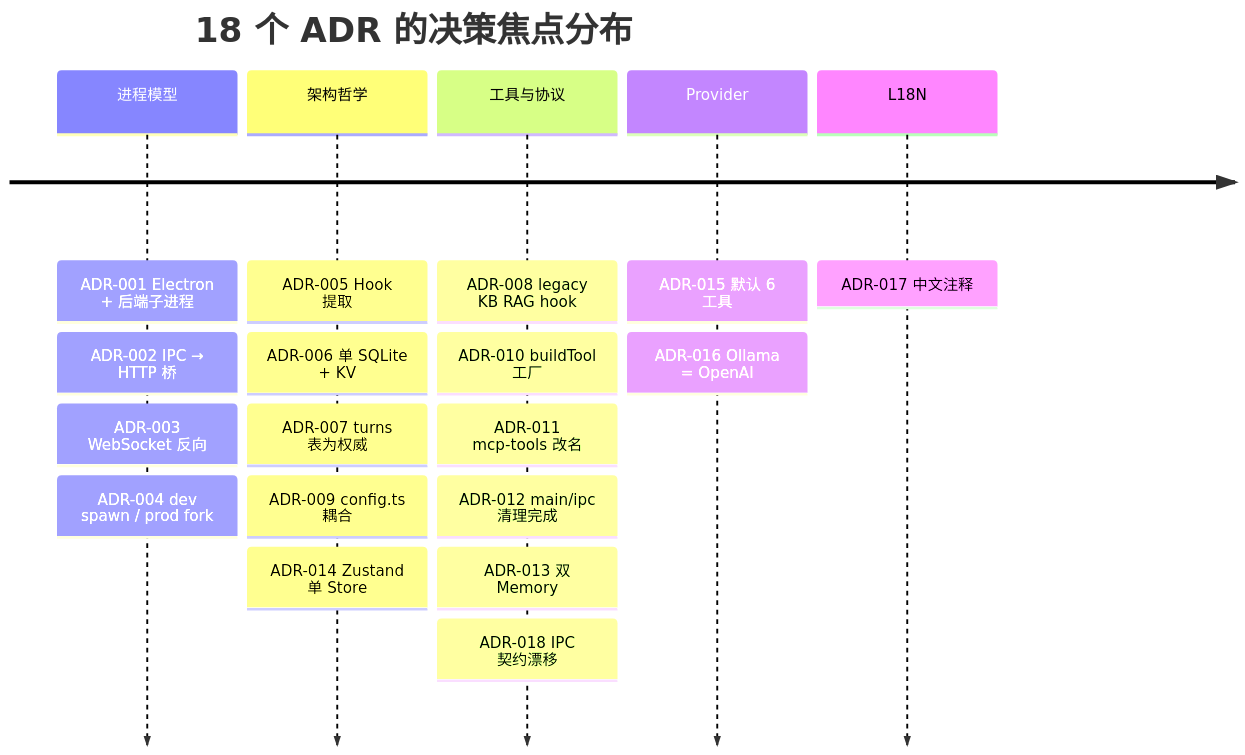
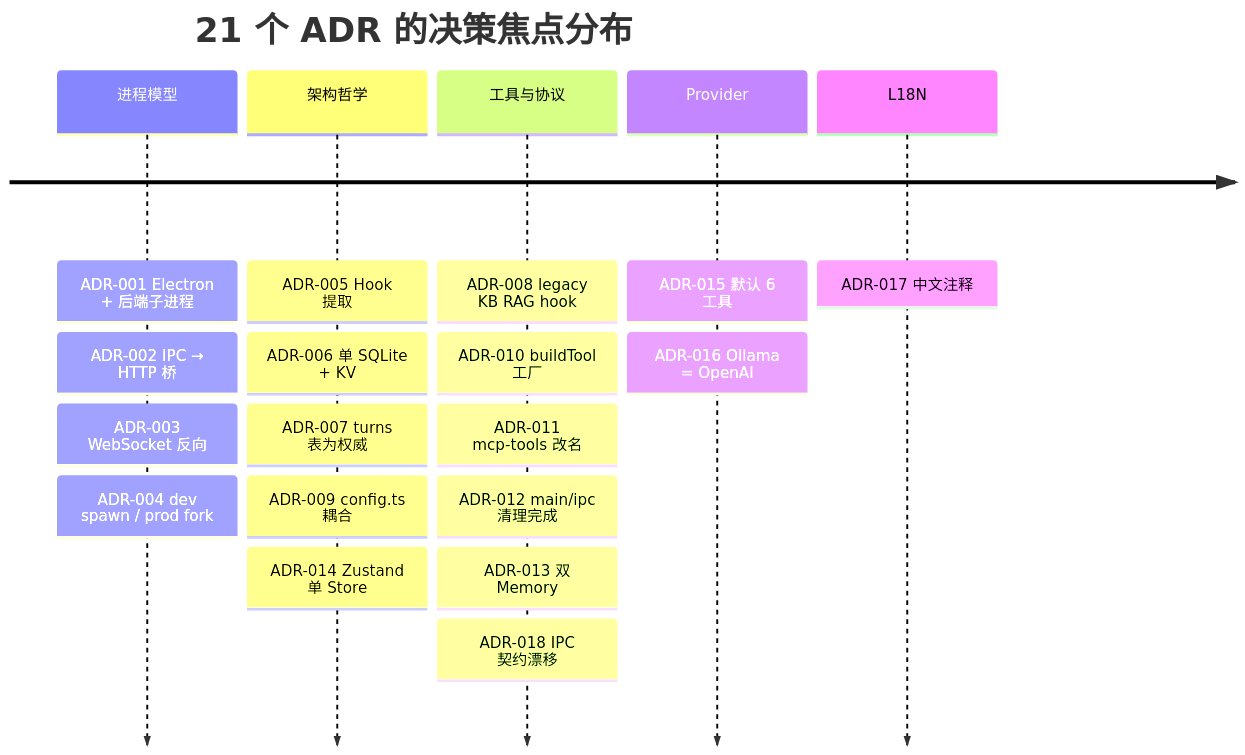
The first of 2 diagrams in docs/arch/09-extension-points-and-adrs.md (LanicBlue/zero-core), drawn with Mermaid before and after one commit. The commit also changed other lines of this file, not shown here.

````diff
--- a/docs/arch/09-extension-points-and-adrs.md
+++ b/docs/arch/09-extension-points-and-adrs.md
@@ -106,22 +113,22 @@
 ```mermaid
 timeline
-    title 18 个 ADR 的决策焦点分布
+    title 21 个 ADR 的决策焦点分布
     进程模型 : ADR-001 Electron + 后端子进程
              : ADR-002 IPC → HTTP 桥
              : ADR-003 WebSocket 反向
              : ADR-004 dev spawn / prod fork
     架构哲学 : ADR-005 Hook 提取
              : ADR-006 单 SQLite + KV
              : ADR-007 turns 表为权威
              : ADR-009 config.ts 耦合
              : ADR-014 Zustand 单 Store
     工具与协议 : ADR-008 legacy KB RAG hook
                 : ADR-010 buildTool 工厂
                 : ADR-011 mcp-tools 改名
                 : ADR-012 main/ipc 清理完成
                 : ADR-013 双 Memory
                 : ADR-018 IPC 契约漂移
     Provider : ADR-015 默认 6 工具
              : ADR-016 Ollama = OpenAI
     L18N    : ADR-017 中文注释
 ```
````
